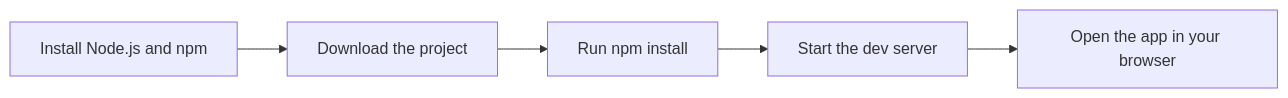
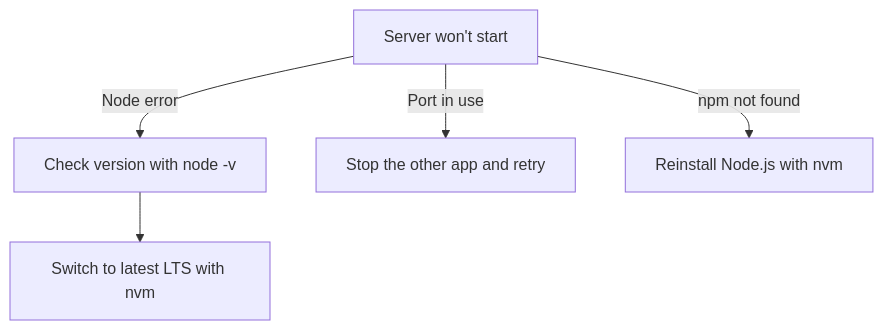
The diagram in api2-documentation/plan_2026-11-02_f8890e/user-facing-docs/system-requirements-and-installation.md (Mohita111/API2), drawn with Mermaid before and after one commit. The commit also changed other lines of this file and 13 other files, not shown here.

````diff
--- a/api2-documentation/plan_2026-11-02_f8890e/user-facing-docs/system-requirements-and-installation.md
+++ b/api2-documentation/plan_2026-11-02_f8890e/user-facing-docs/system-requirements-and-installation.md
@@ -17,7 +38,7 @@
 ```mermaid
-graph LR
-    A["Install Node.js and npm"] --> B[Download the project]
-    B --> C[Run npm install]
-    C --> D[Start the dev server]
-    D --> E[Open the app in your browser]
+graph TD
+    A[Server won't start] -->|Node error| B[Check version with node -v]
+    A -->|Port in use| C[Stop the other app and retry]
+    A -->|npm not found| D["Reinstall Node.js with nvm"]
+    B --> E[Switch to latest LTS with nvm]
 ```
````
